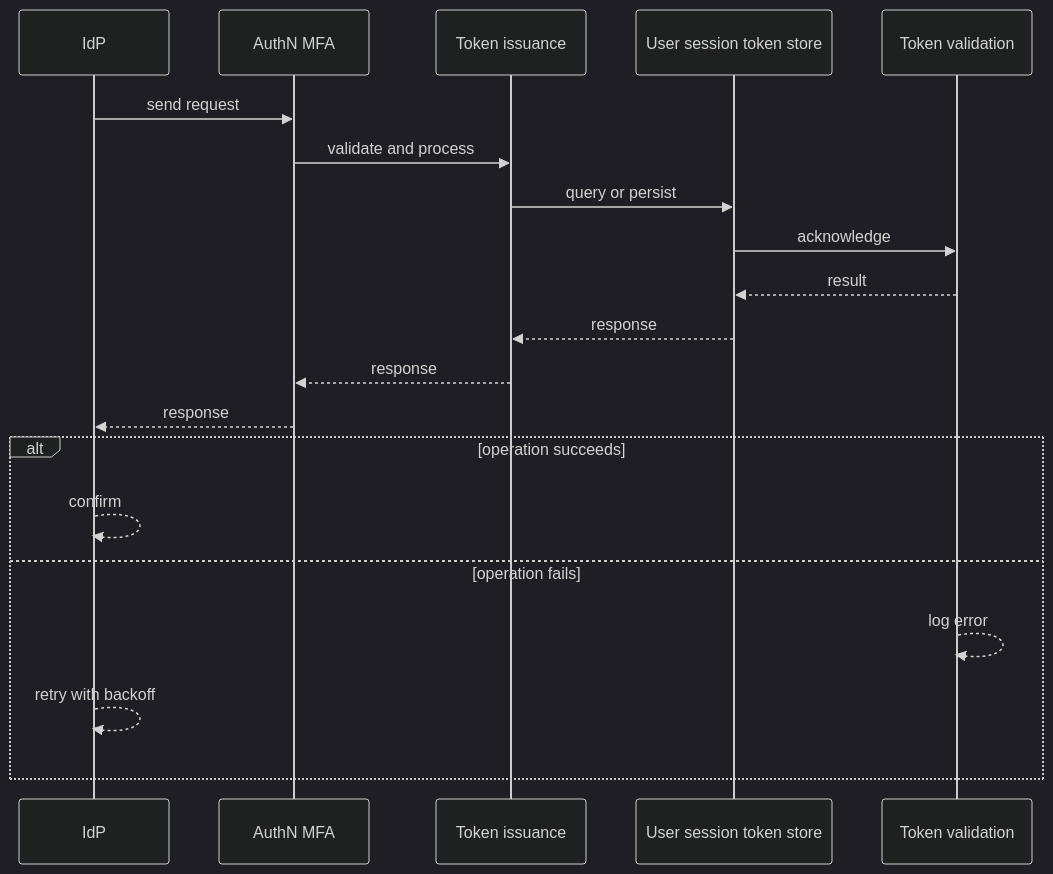
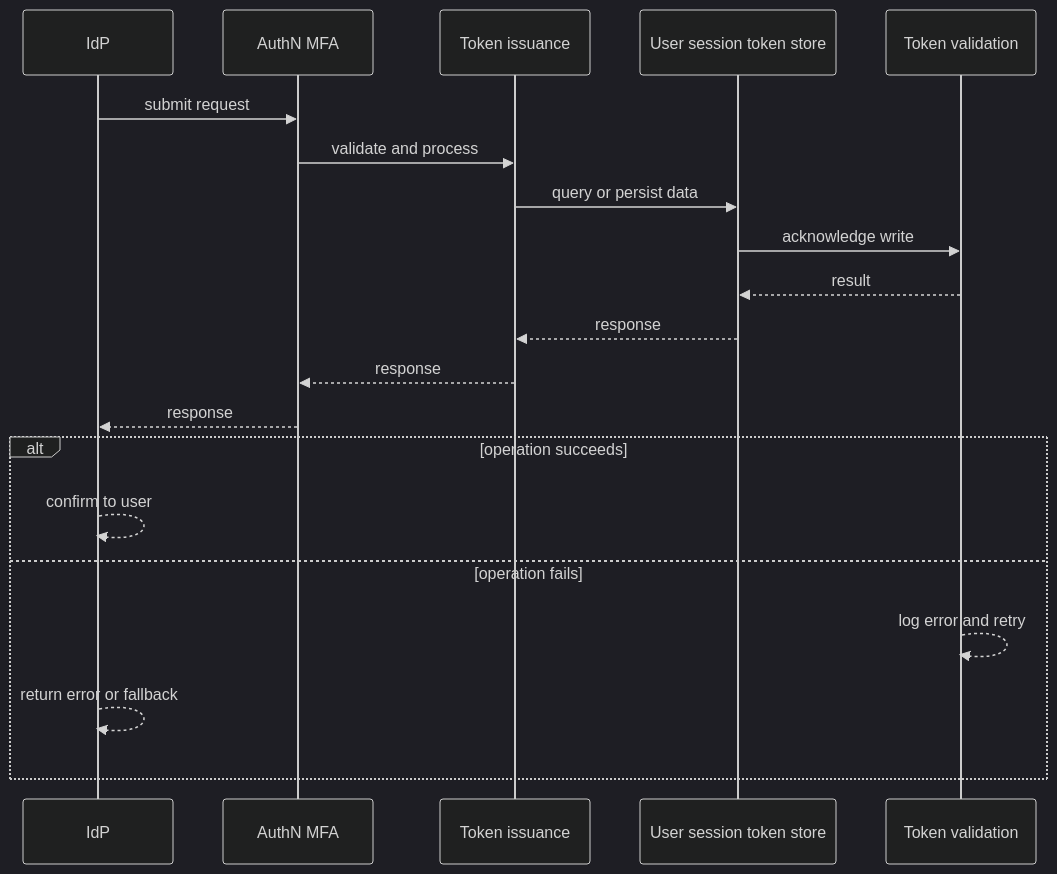
Before and after one commit to RIT-MESH/system-design-mastery: the second of 4 diagrams in case-studies/advanced/iam-platform.md, drawn with Mermaid (dark theme). The commit also changed other lines of this file and 127 other files, not shown here.

First line of the commit message:
Improve all case study diagrams: case-specific sequences, fix truncated labels

````diff
--- a/case-studies/advanced/iam-platform.md
+++ b/case-studies/advanced/iam-platform.md
@@ -78,23 +78,23 @@
 ```mermaid
 %% created-for: system-design-mastery
 sequenceDiagram
-  participant C0 as IdP
-  participant C1 as AuthN MFA
-  participant C2 as Token issuance
-  participant C3 as User session token store
-  participant C4 as Token validation
-  C0 ->> C1: send request
-  C1 ->> C2: validate and process
-  C2 ->> C3: query or persist
-  C3 ->> C4: acknowledge
-  C4 -->> C3: result
-  C3 -->> C2: response
-  C2 -->> C1: response
-  C1 -->> C0: response
+  participant P0 as IdP
+  participant P1 as AuthN MFA
+  participant P2 as Token issuance
+  participant P3 as User session token store
+  participant P4 as Token validation
+  P0 ->> P1: submit request
+  P1 ->> P2: validate and process
+  P2 ->> P3: query or persist data
+  P3 ->> P4: acknowledge write
+  P4 -->> P3: result
+  P3 -->> P2: response
+  P2 -->> P1: response
+  P1 -->> P0: response
   alt operation succeeds
-    C0 -->> C0: confirm
+    P0 -->> P0: confirm to user
   else operation fails
-    C4 -->> C4: log error
-    C0 -->> C0: retry with backoff
+    P4 -->> P4: log error and retry
+    P0 -->> P0: return error or fallback
   end
 ```
````
